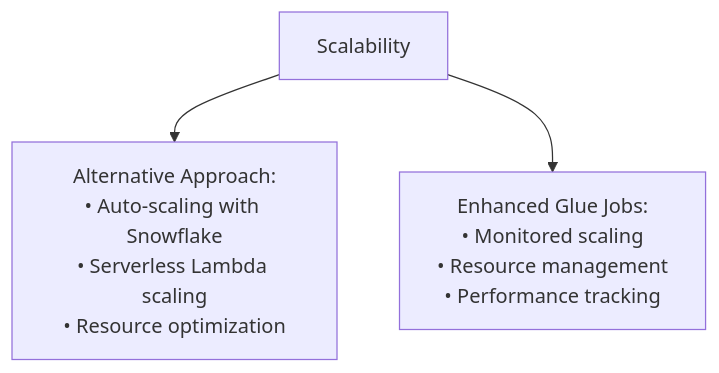
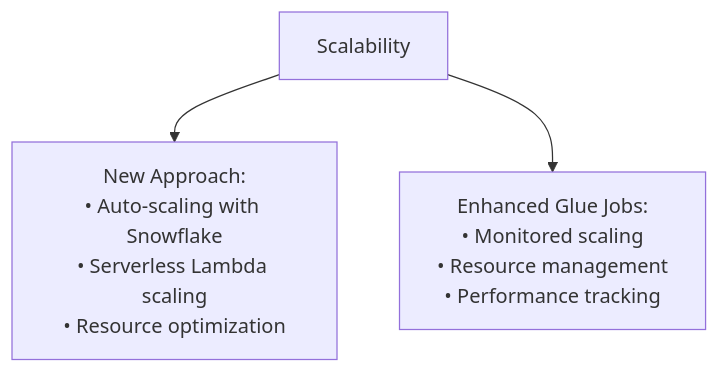
Before and after one commit to veronelazio/wezterm: the seventh of 17 diagrams in mermaid.md, drawn with Mermaid. The commit also changed other lines of this file, not shown here.

````diff
--- a/mermaid.md
+++ b/mermaid.md
@@ -82,5 +82,5 @@
 ```mermaid
 flowchart TD
-    E1["Scalability"] --> E2["Alternative Approach:<br/>• Auto-scaling with Snowflake<br/>• Serverless Lambda scaling<br/>• Resource optimization"]
+    E1["Scalability"] --> E2["New Approach:<br/>• Auto-scaling with Snowflake<br/>• Serverless Lambda scaling<br/>• Resource optimization"]
     E1 --> E3["Enhanced Glue Jobs:<br/>• Monitored scaling<br/>• Resource management<br/>• Performance tracking"]
 ```
````
